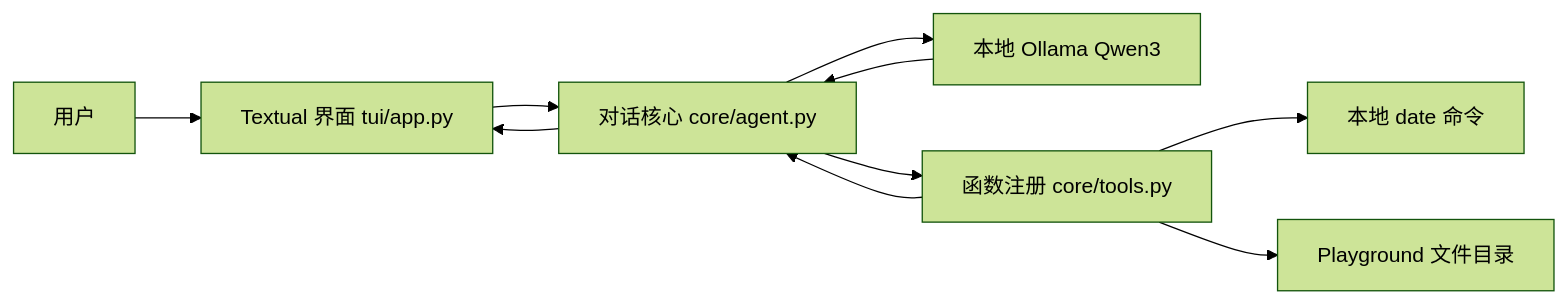
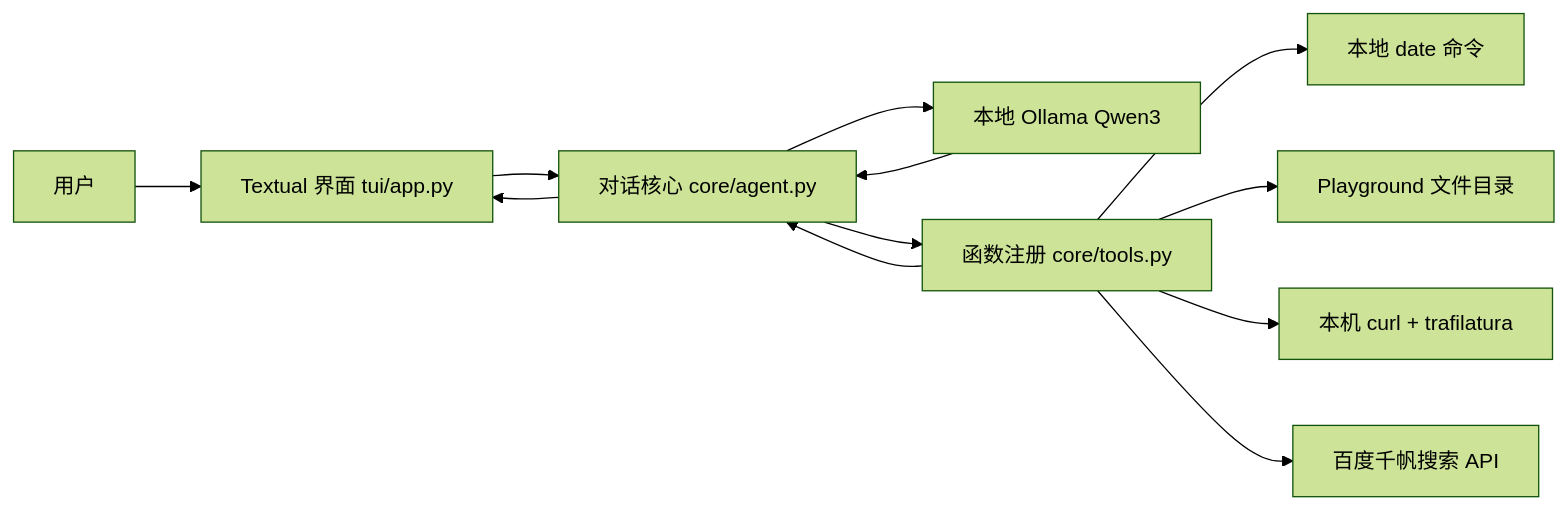
Before and after one commit to 20070606-zml/LLM-Course: the diagram in Agent/Practice01/ARCHITECTURE.md, drawn with Mermaid (forest theme). The commit also changed other lines of this file and 7 other files, not shown here.

````diff
--- a/Agent/Practice01/ARCHITECTURE.md
+++ b/Agent/Practice01/ARCHITECTURE.md
@@ -5,12 +5,14 @@
 ```mermaid
 flowchart LR
     U[用户] --> T[Textual 界面 tui/app.py]
     T --> A[对话核心 core/agent.py]
     A --> O[本地 Ollama Qwen3]
     O --> A
     A --> F[函数注册 core/tools.py]
     F --> D[本地 date 命令]
     F --> P[Playground 文件目录]
+    F --> C[本机 curl + trafilatura]
+    F --> B[百度千帆搜索 API]
     F --> A
     A --> T
 ```
````
